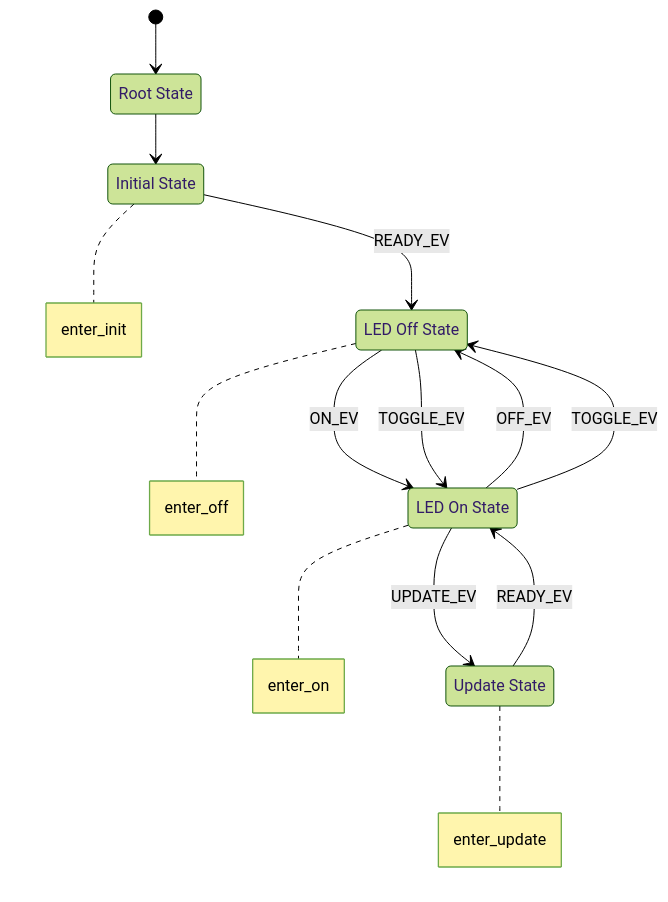
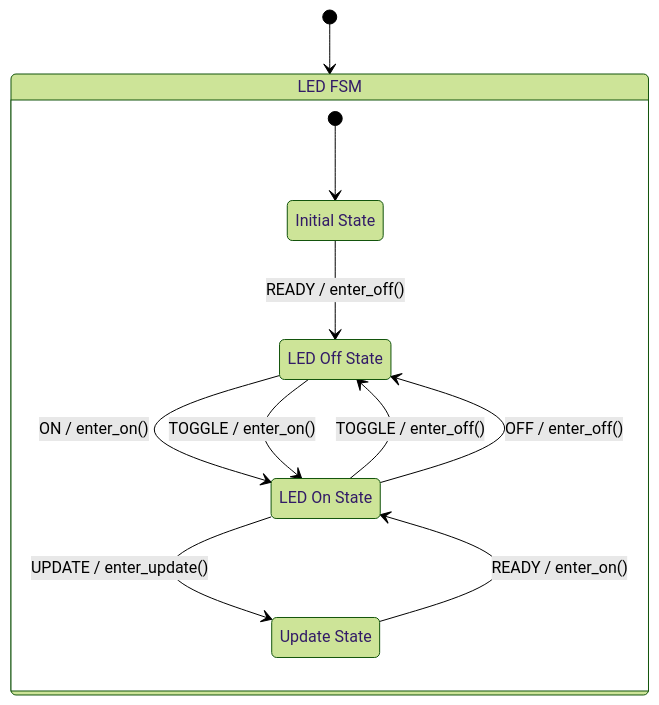
Before and after one commit to mauro-medina10/esp_led: the diagram in components/app_led/app_led_fsm.md, drawn with Mermaid (forest theme).

Commit message:
Improve FSM diagram

```diff
--- a/components/app_led/app_led_fsm.md
+++ b/components/app_led/app_led_fsm.md
@@ -1,22 +1,20 @@
 ::: mermaid
 stateDiagram-v2
     [*] --> ROOT_ST
-    ROOT_ST --> INIT_ST
-    INIT_ST --> OFF_ST : READY_EV
-    OFF_ST --> ON_ST : ON_EV
-    OFF_ST --> ON_ST : TOGGLE_EV
-    ON_ST --> OFF_ST : OFF_EV
-    ON_ST --> OFF_ST : TOGGLE_EV
-    ON_ST --> UPDATE_ST : UPDATE_EV
-    UPDATE_ST --> ON_ST : READY_EV
+    state ROOT_ST {
+        [*] --> INIT_ST
+        INIT_ST --> OFF_ST : READY / enter_off()
+        OFF_ST --> ON_ST : ON / enter_on()
+        OFF_ST --> ON_ST : TOGGLE / enter_on()
+        ON_ST --> OFF_ST : TOGGLE / enter_off()
+        ON_ST --> OFF_ST : OFF / enter_off()
+        ON_ST --> UPDATE_ST : UPDATE / enter_update()
+        UPDATE_ST --> ON_ST : READY / enter_on()
 
-    ROOT_ST : Root State
-    INIT_ST : Initial State
-    note right of INIT_ST : enter_init
-    OFF_ST : LED Off State
-    note right of OFF_ST : enter_off
-    ON_ST : LED On State
-    note right of ON_ST : enter_on
-    UPDATE_ST : Update State
-    note right of UPDATE_ST : enter_update
+        INIT_ST : Initial State
+        OFF_ST : LED Off State
+        ON_ST : LED On State
+        UPDATE_ST : Update State
+    }
+    ROOT_ST : LED FSM
 :::
```
